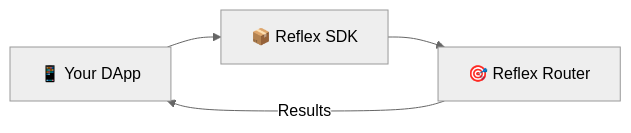
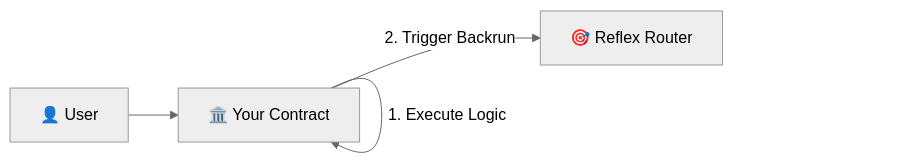
The third of 3 diagrams in website/docs/integration/overview.md (reflex-mev/reflex), drawn with Mermaid (neutral theme) before and after one commit. The commit also changed other lines of this file and 6 other files, not shown here.

````diff
--- a/website/docs/integration/overview.md
+++ b/website/docs/integration/overview.md
@@ -67,6 +112,6 @@
 ```mermaid
 graph LR
-    DApp[📱 Your DApp] --> SDK[📦 Reflex SDK]
-    SDK --> Router[🎯 Reflex Router]
-    Router --> |Results| DApp
+    User[👤 User] --> Protocol[🏛️ Your Contract]
+    Protocol --> |1. Execute Logic| Protocol
+    Protocol --> |2. Trigger Backrun| Router[🎯 Reflex Router]
 ```
````
